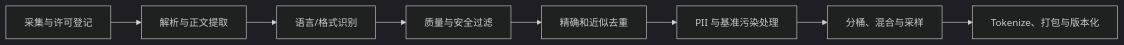
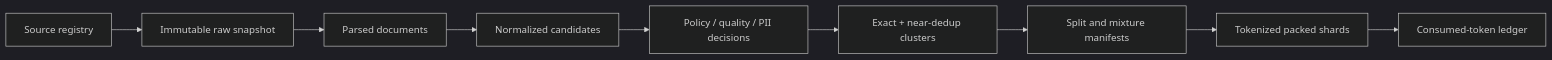
The diagram in docs/training/data.md (NightLemon/about-llm), drawn with Mermaid (dark theme) before and after one commit. The commit also changed other lines of this file and 384 other files, not shown here.

````diff
--- a/docs/training/data.md
+++ b/docs/training/data.md
@@ -9,10 +27,11 @@
 ```mermaid
 flowchart LR
-  A["采集与许可登记"] --> B["解析与正文提取"]
-  B --> C["语言/格式识别"]
-  C --> D["质量与安全过滤"]
-  D --> E["精确和近似去重"]
-  E --> F["PII 与基准污染处理"]
-  F --> G["分桶、混合与采样"]
-  G --> H["Tokenize、打包与版本化"]
+  A["Source registry"] --> B["Immutable raw snapshot"]
+  B --> C["Parsed documents"]
+  C --> D["Normalized candidates"]
+  D --> E["Policy / quality / PII decisions"]
+  E --> F["Exact + near-dedup clusters"]
+  F --> G["Split and mixture manifests"]
+  G --> H["Tokenized packed shards"]
+  H --> I["Consumed-token ledger"]
 ```
````
